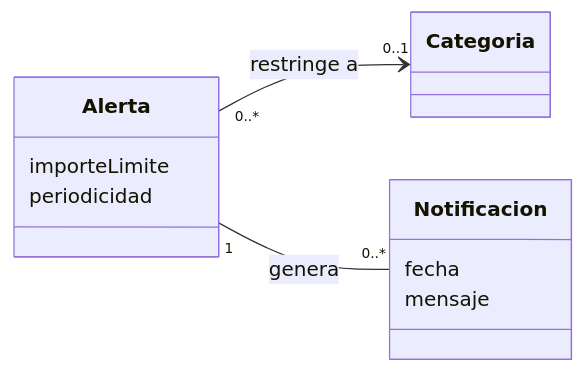
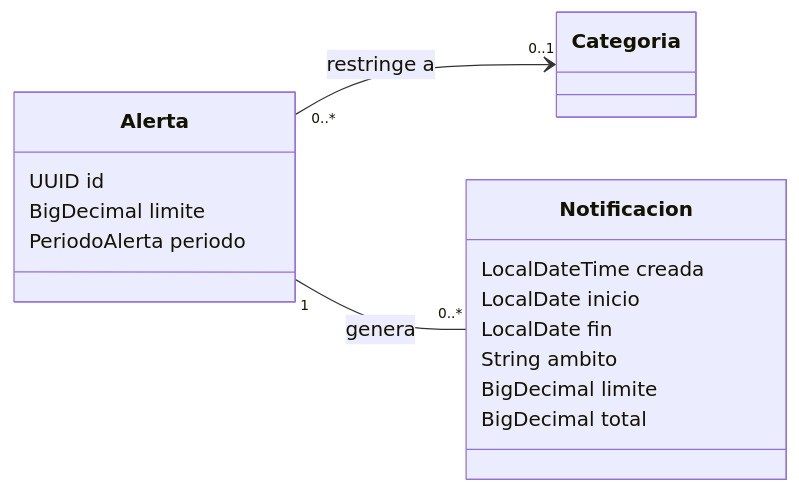
The second of 3 diagrams in docs/diagramas-gestion-gastos.md (mariogabarron/TDS-Mario-Carmen), drawn with Mermaid before and after one commit. The commit also changed other lines of this file and 27 other files, not shown here.

````diff
--- a/docs/diagramas-gestion-gastos.md
+++ b/docs/diagramas-gestion-gastos.md
@@ -35,15 +37,20 @@
 ```mermaid
 classDiagram
 direction LR
 class Alerta {
-    importeLimite
-    periodicidad
+    UUID id
+    BigDecimal limite
+    PeriodoAlerta periodo
 }
 class Categoria
 class Notificacion {
-    fecha
-    mensaje
+    LocalDateTime creada
+    LocalDate inicio
+    LocalDate fin
+    String ambito
+    BigDecimal limite
+    BigDecimal total
 }
 Alerta "0..*" --> "0..1" Categoria : restringe a
 Alerta "1" -- "0..*" Notificacion : genera
 ```
````
